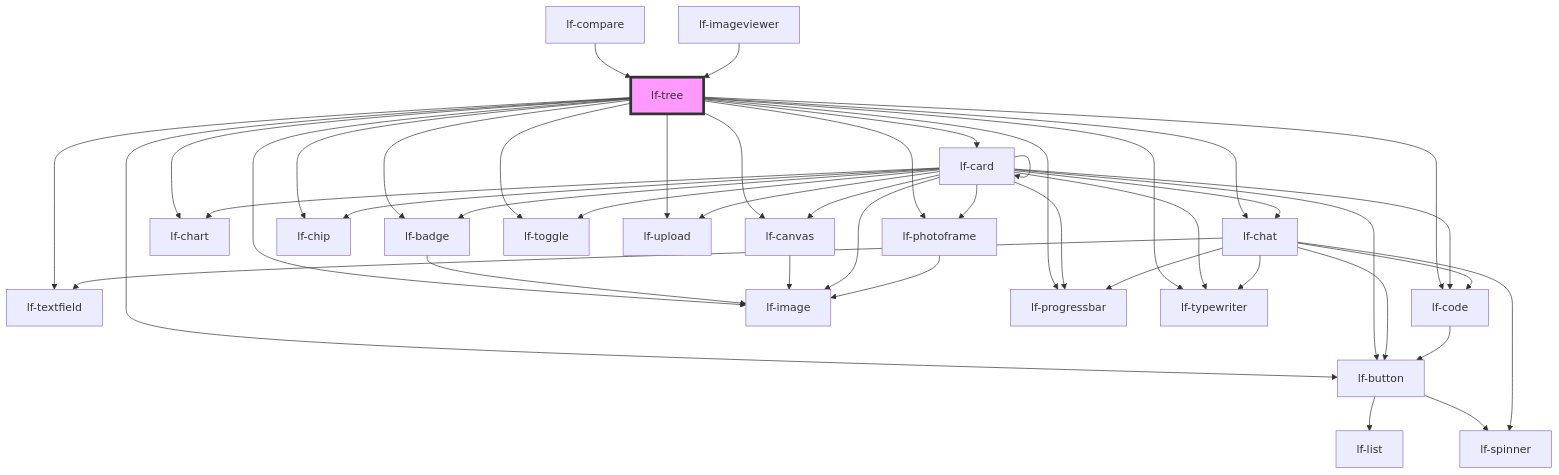
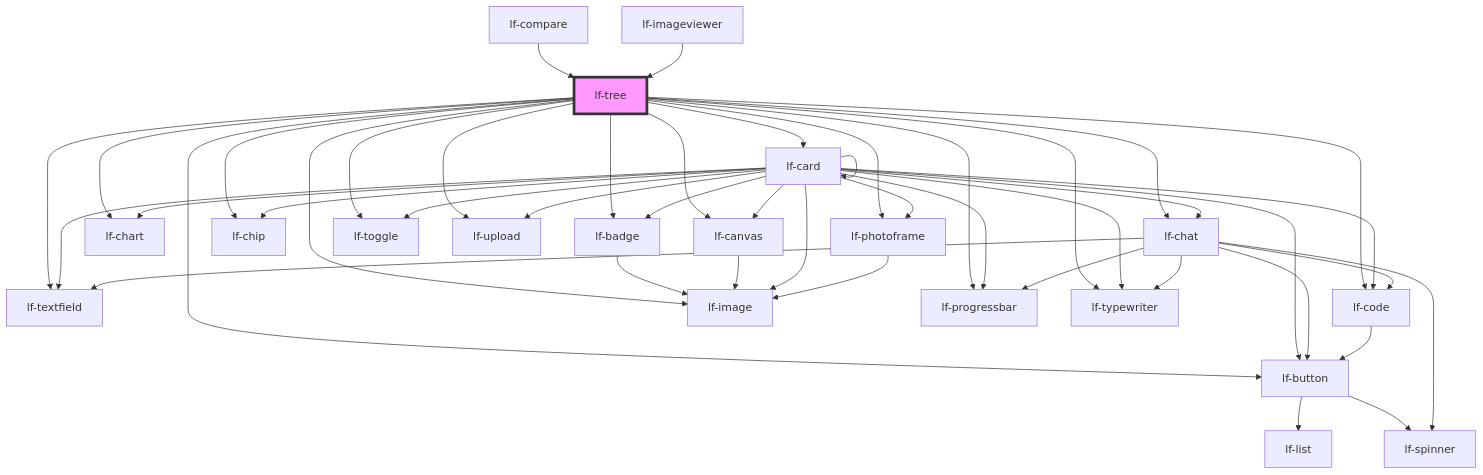
The diagram in packages/core/src/components/lf-tree/readme.md (lucafoscili/lf-widgets), drawn with Mermaid before and after one commit. The commit also changed 9 other files, not shown here.

````diff
--- a/packages/core/src/components/lf-tree/readme.md
+++ b/packages/core/src/components/lf-tree/readme.md
@@ -199,47 +199,48 @@
 ```mermaid
 graph TD;
   lf-tree --> lf-textfield
   lf-tree --> lf-badge
   lf-tree --> lf-button
   lf-tree --> lf-canvas
   lf-tree --> lf-card
   lf-tree --> lf-chart
   lf-tree --> lf-chat
   lf-tree --> lf-chip
   lf-tree --> lf-code
   lf-tree --> lf-image
   lf-tree --> lf-photoframe
   lf-tree --> lf-progressbar
   lf-tree --> lf-toggle
   lf-tree --> lf-typewriter
   lf-tree --> lf-upload
   lf-badge --> lf-image
   lf-button --> lf-list
   lf-button --> lf-spinner
   lf-canvas --> lf-image
   lf-card --> lf-badge
   lf-card --> lf-button
   lf-card --> lf-canvas
   lf-card --> lf-card
   lf-card --> lf-chart
   lf-card --> lf-chat
   lf-card --> lf-chip
   lf-card --> lf-code
   lf-card --> lf-image
   lf-card --> lf-photoframe
   lf-card --> lf-progressbar
+  lf-card --> lf-textfield
   lf-card --> lf-toggle
   lf-card --> lf-typewriter
   lf-card --> lf-upload
   lf-chat --> lf-spinner
   lf-chat --> lf-button
   lf-chat --> lf-typewriter
   lf-chat --> lf-progressbar
   lf-chat --> lf-textfield
   lf-chat --> lf-code
   lf-code --> lf-button
   lf-photoframe --> lf-image
   lf-compare --> lf-tree
   lf-imageviewer --> lf-tree
   style lf-tree fill:#f9f,stroke:#333,stroke-width:4px
 ```
````
